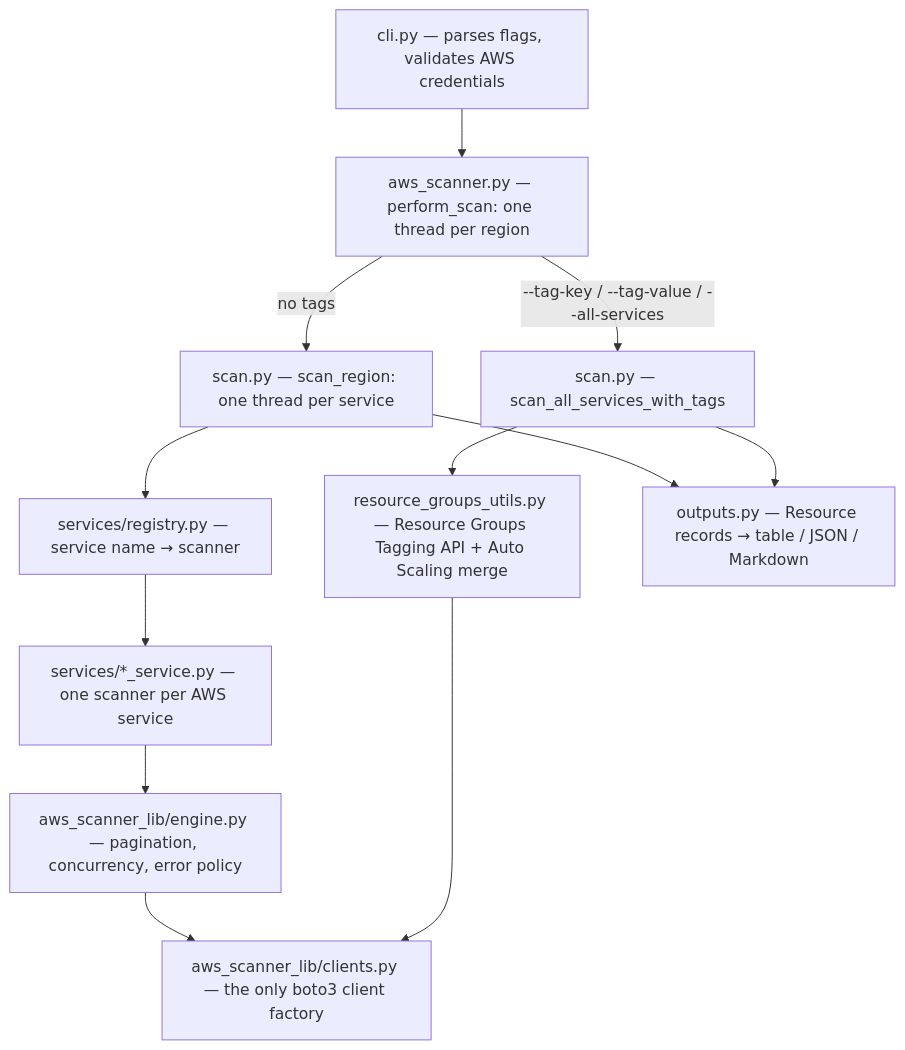
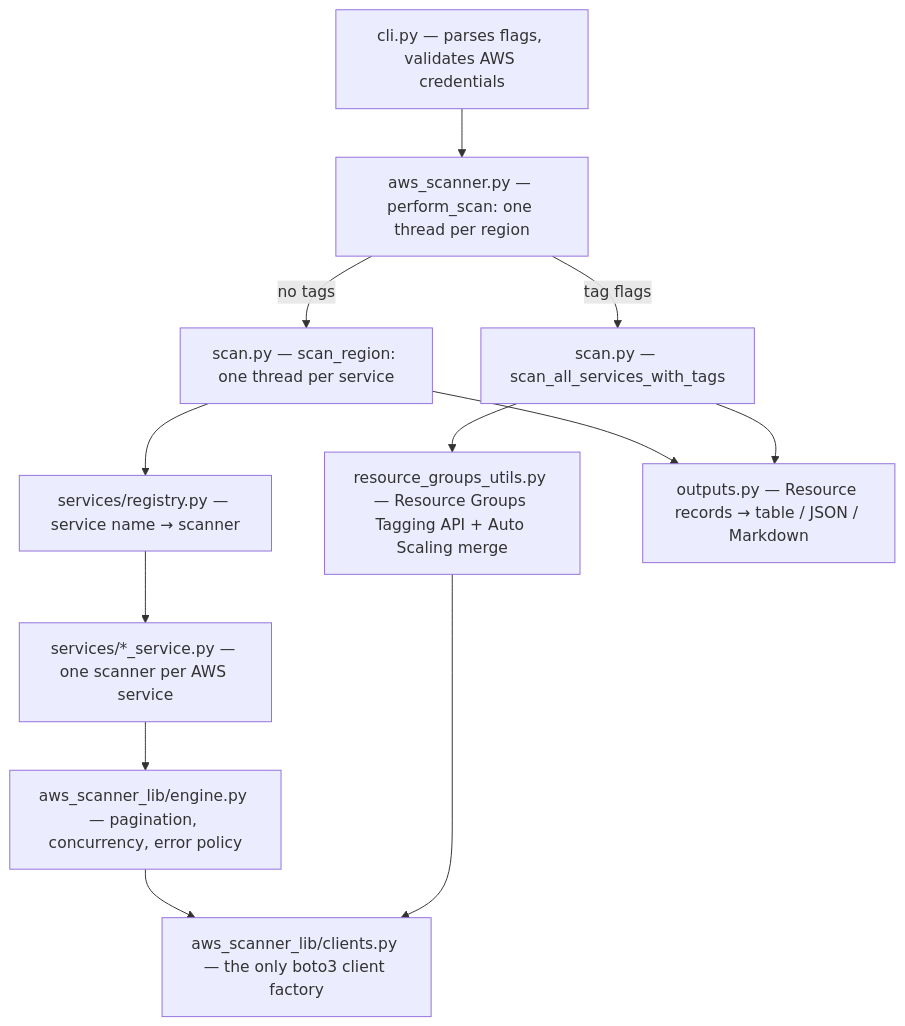
Before and after one commit to ishuar/aws-resource-scanner: the diagram in docs/Architecture.md, drawn with Mermaid. The commit also changed 1 other file, not shown here.

Commit message:
docs: show a sample verbose API trace; simplify the flow diagram's tag-path label

````diff
--- a/docs/Architecture.md
+++ b/docs/Architecture.md
@@ -8,14 +8,14 @@
 ```mermaid
 flowchart TD
     CLI["cli.py — parses flags, validates AWS credentials"] --> P["aws_scanner.py — perform_scan: one thread per region"]
     P -->|no tags| R["scan.py — scan_region: one thread per service"]
-    P -->|"--tag-key / --tag-value / --all-services"| T["scan.py — scan_all_services_with_tags"]
+    P -->|tag flags| T["scan.py — scan_all_services_with_tags"]
     R --> REG["services/registry.py — service name → scanner"]
     REG --> SVC["services/*_service.py — one scanner per AWS service"]
     T --> RG["resource_groups_utils.py — Resource Groups Tagging API + Auto Scaling merge"]
     SVC --> ENG["aws_scanner_lib/engine.py — pagination, concurrency, error policy"]
     ENG --> CL["aws_scanner_lib/clients.py — the only boto3 client factory"]
     RG --> CL
     R --> OUT["outputs.py — Resource records → table / JSON / Markdown"]
     T --> OUT
 ```
````
